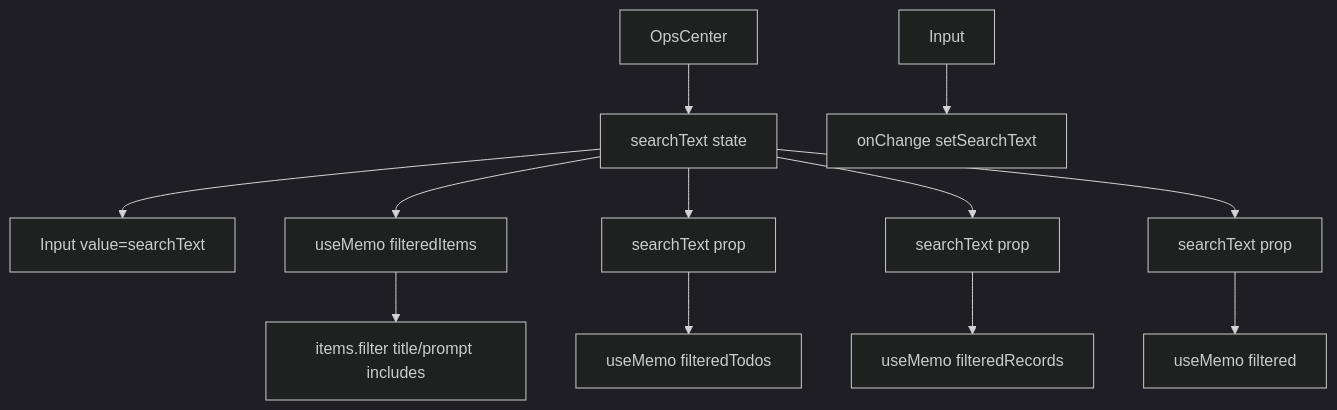
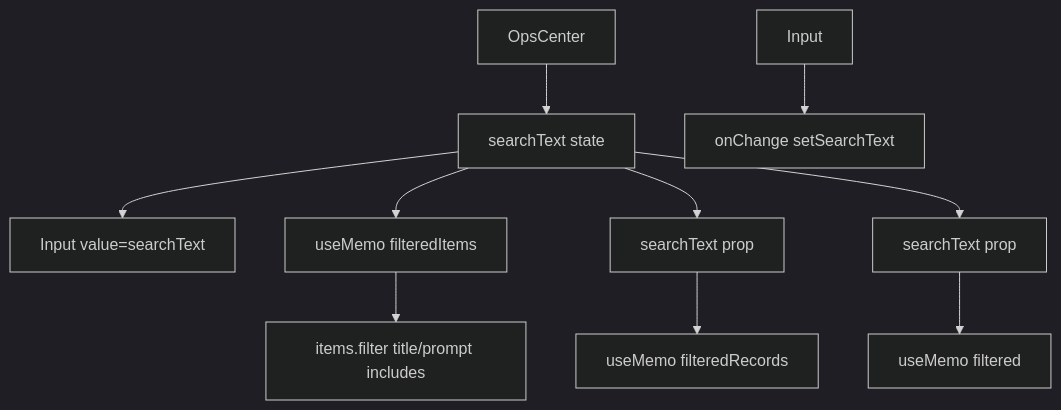
One commit to weibaohui/ntd changed the second of 4 diagrams in frontend/src/help/pages/board-search.md. Above: the diagram before and after it, drawn with Mermaid (dark theme). The commit also changed other lines of this file and 1 other file, not shown here.

First line of the commit message:
fix(097): 修评审——清理 board-search/board-time-filter 过时的看板视图引用

````diff
--- a/frontend/src/help/pages/board-search.md
+++ b/frontend/src/help/pages/board-search.md
@@ -25,14 +23,12 @@
 ```mermaid
 flowchart TD
   OpsCenter --> searchText_state["searchText state"]
   searchText_state --> Input_value["Input value=searchText"]
   Input --> setSearchText["onChange setSearchText"]
   searchText_state --> filteredItems["useMemo filteredItems"]
   filteredItems --> conclusion_filter["items.filter title/prompt includes"]
-  searchText_state --> KanbanBoard["searchText prop"]
-  KanbanBoard --> filteredTodos["useMemo filteredTodos"]
   searchText_state --> RunningBoard["searchText prop"]
   RunningBoard --> filteredRecords["useMemo filteredRecords"]
   searchText_state --> LoopKanban["searchText prop"]
   LoopKanban --> filtered["useMemo filtered"]
 ```
````
